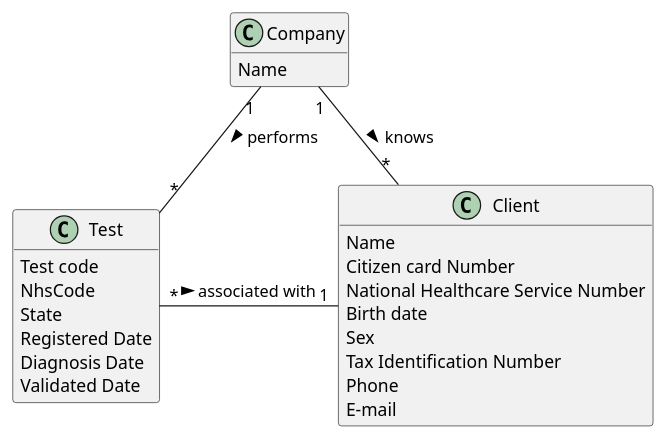
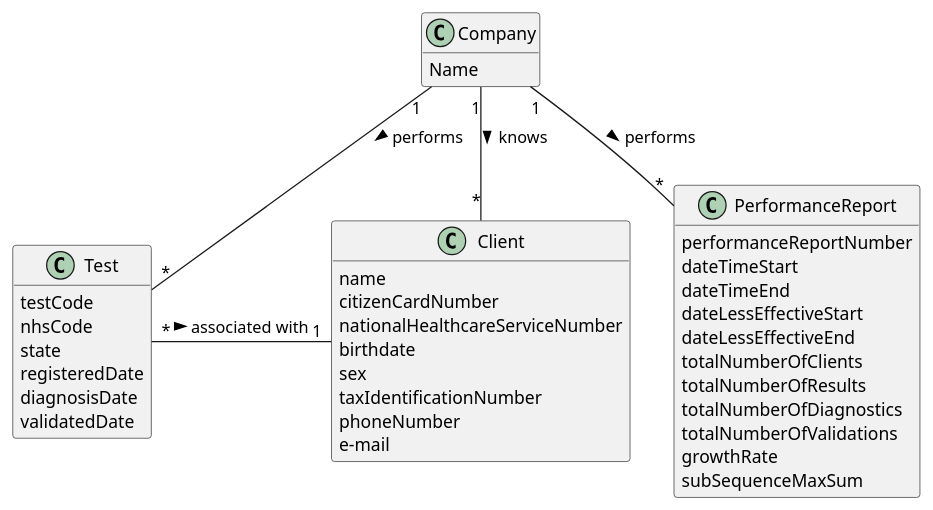
The diagram in docs/SprintD/US16/US16_DM.puml (MarianaCLages/LAPR2), drawn with PlantUML before and after one commit. The commit also changed 18 other files, not shown here.

```diff
--- a/docs/SprintD/US16/US16_DM.puml
+++ b/docs/SprintD/US16/US16_DM.puml
@@ -1,36 +1,51 @@
 @startuml
 'https://plantuml.com/class-diagram
 
 hide methods
 
 class Company{
 Name
 }
 
 class Test{
-Test code
-NhsCode
-State
-Registered Date
-Diagnosis Date
-Validated Date
+testCode
+nhsCode
+state
+registeredDate
+diagnosisDate
+validatedDate
 }
 
 class Client{
-Name
-Citizen card Number
-National Healthcare Service Number
-Birth date
-Sex
-Tax Identification Number
-Phone
-E-mail
+name
+citizenCardNumber
+nationalHealthcareServiceNumber
+birthdate
+sex
+taxIdentificationNumber
+phoneNumber
+e-mail
+}
+
+class PerformanceReport{
+performanceReportNumber
+dateTimeStart
+dateTimeEnd
+dateLessEffectiveStart
+dateLessEffectiveEnd
+totalNumberOfClients
+totalNumberOfResults
+totalNumberOfDiagnostics
+totalNumberOfValidations
+growthRate
+subSequenceMaxSum
 }
 
 
 
 Company "1" -- "*" Test: performs >
 Company "1" -- "*" Client: knows >
+Company "1" -- "*" PerformanceReport: performs >
 Test "*" - "1" Client: associated with >
 
 @enduml
```
